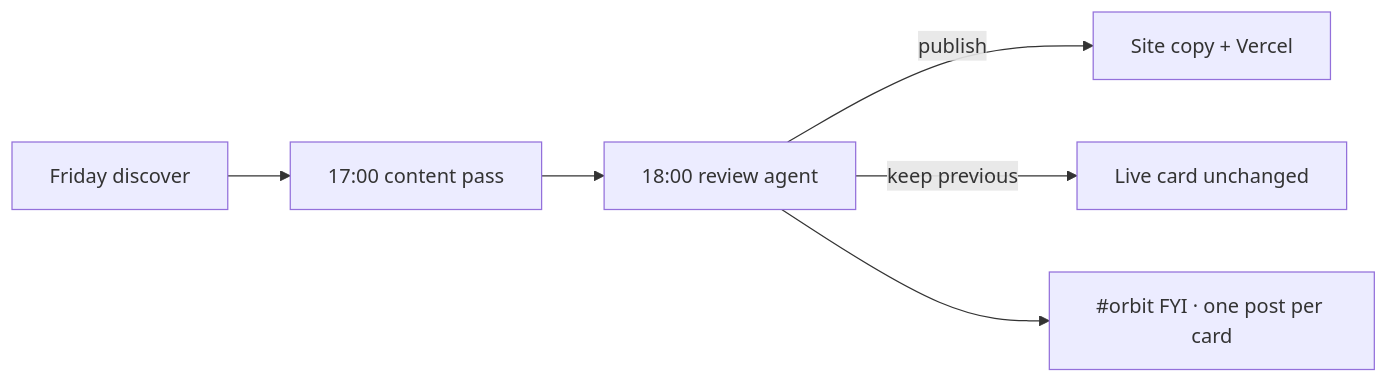
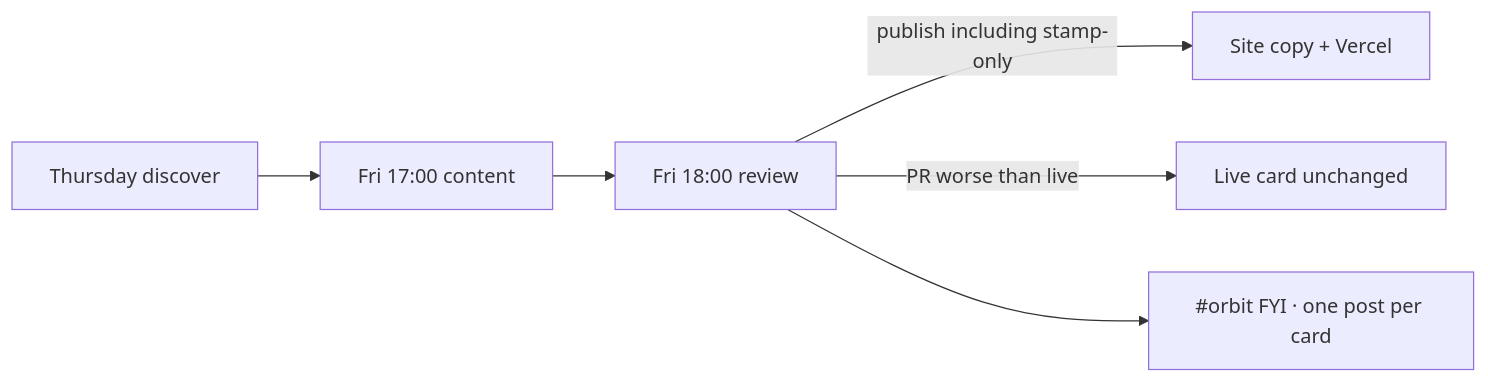
One commit to AlexTouvras/Orbit changed the diagram in docs/architecture/field-card-approve.md. Above: the diagram before and after it, drawn with Mermaid. The commit also changed other lines of this file and 5 other files, not shown here.

Commit message:
Publish W36 stamp-only field cards and document Thursday discovery plus always-ship review.

````diff
--- a/docs/architecture/field-card-approve.md
+++ b/docs/architecture/field-card-approve.md
@@ -24,8 +24,8 @@
 ```mermaid
 flowchart LR
-  CI[Friday discover] --> Author[17:00 content pass]
-  Author --> Review[18:00 review agent]
-  Review -->|publish| Live[Site copy + Vercel]
-  Review -->|keep previous| Stay[Live card unchanged]
+  CI[Thursday discover] --> Author[Fri 17:00 content]
+  Author --> Review[Fri 18:00 review]
+  Review -->|publish including stamp-only| Live[Site copy + Vercel]
+  Review -->|PR worse than live| Stay[Live card unchanged]
   Review --> Slack["#orbit FYI · one post per card"]
 ```
````
